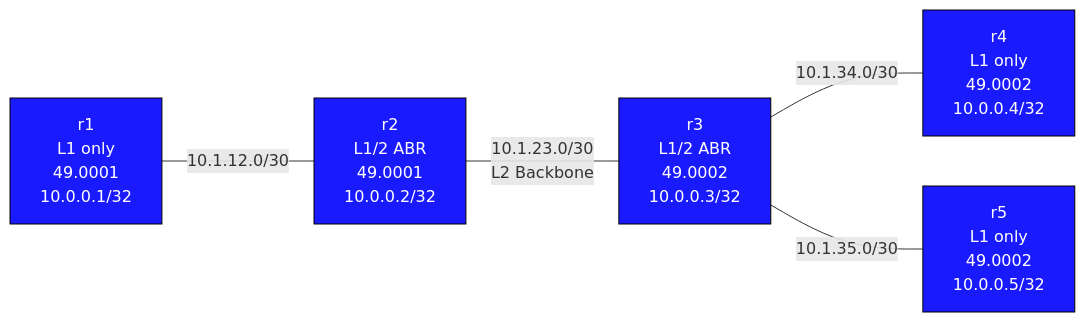
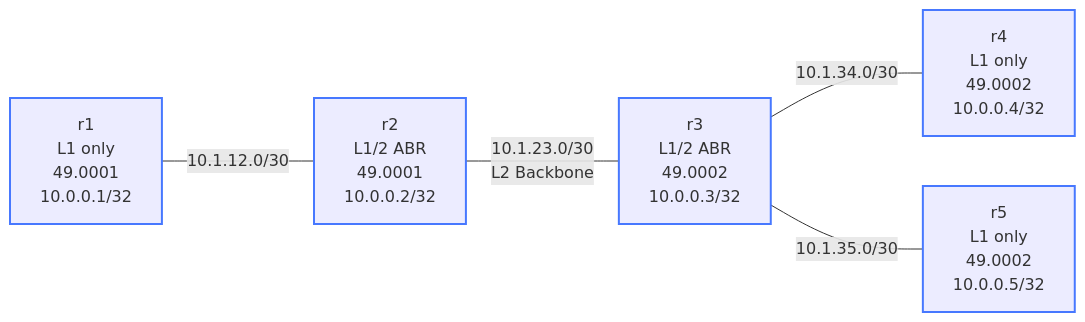
The diagram in labs/isis-multiarea/README.md (jschless/networkingLabs), drawn with Mermaid before and after one commit. The commit also changed 250 other files, not shown here.

Commit message:
Fix unreadable topology diagrams, convert ASCII art, publish assessments (#57)

````diff
--- a/labs/isis-multiarea/README.md
+++ b/labs/isis-multiarea/README.md
@@ -12,16 +12,16 @@
 ```mermaid
 flowchart LR
-    r1["r1\nL1 only\n49.0001\n10.0.0.1/32"]
-    r2["r2\nL1/2 ABR\n49.0001\n10.0.0.2/32"]
-    r3["r3\nL1/2 ABR\n49.0002\n10.0.0.3/32"]
-    r4["r4\nL1 only\n49.0002\n10.0.0.4/32"]
-    r5["r5\nL1 only\n49.0002\n10.0.0.5/32"]
+    r1["r1<br/>L1 only<br/>49.0001<br/>10.0.0.1/32"]
+    r2["r2<br/>L1/2 ABR<br/>49.0001<br/>10.0.0.2/32"]
+    r3["r3<br/>L1/2 ABR<br/>49.0002<br/>10.0.0.3/32"]
+    r4["r4<br/>L1 only<br/>49.0002<br/>10.0.0.4/32"]
+    r5["r5<br/>L1 only<br/>49.0002<br/>10.0.0.5/32"]
 
     r1 -- "10.1.12.0/30" --- r2
-    r2 -- "10.1.23.0/30\nL2 Backbone" --- r3
+    r2 -- "10.1.23.0/30<br/>L2 Backbone" --- r3
     r3 -- "10.1.34.0/30" --- r4
     r3 -- "10.1.35.0/30" --- r5
 
-    classDef router fill:#1a1aff,color:#fff,stroke:#000
+    classDef router stroke:#4778ff,stroke-width:2px
     class r1,r2,r3,r4,r5 router
 ```
````
